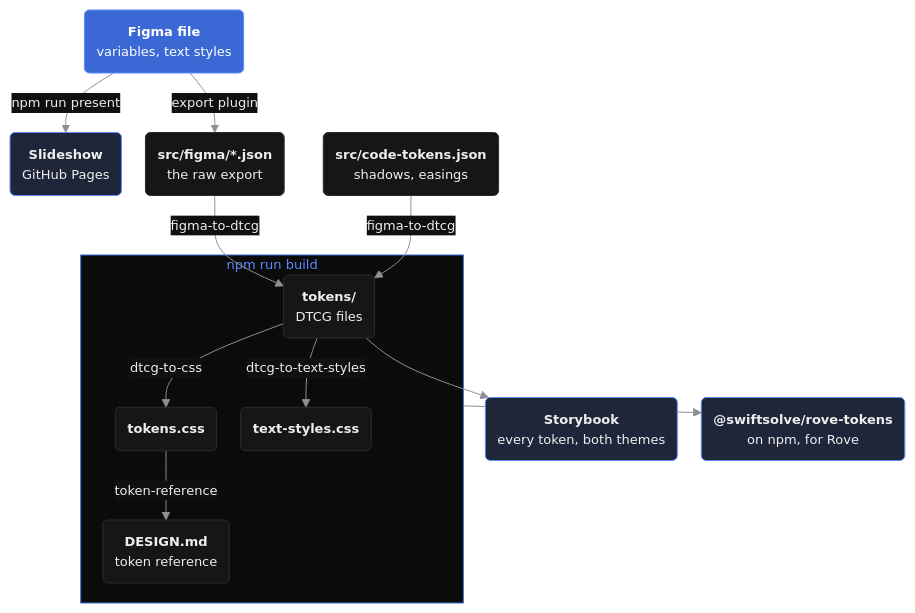
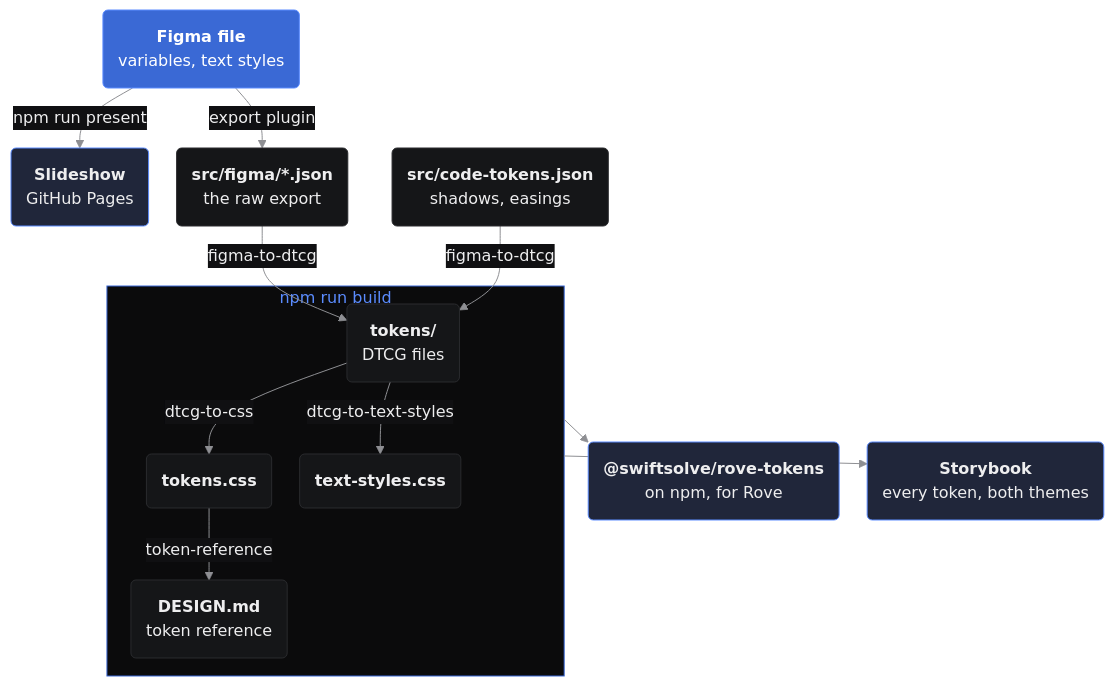
Before and after one commit to swiftsolve/rove-tokens: the diagram in README.md, drawn with Mermaid.

Commit message:
docs: unclipped chart, labels on one line

````diff
--- a/README.md
+++ b/README.md
@@ -38,39 +38,38 @@
 ```mermaid
-%%{init: {"theme": "base", "themeVariables": {"fontFamily": "Inter, -apple-system, Segoe UI, Helvetica, Arial, sans-serif", "fontSize": "13px", "primaryColor": "#151618", "primaryTextColor": "#eeeeef", "primaryBorderColor": "#2b2c2f", "lineColor": "#8e8f93", "textColor": "#8e8f93", "edgeLabelBackground": "#101012", "clusterBkg": "#0b0b0c", "clusterBorder": "#3a69d5", "titleColor": "#5b8cff"}, "flowchart": {"curve": "basis", "padding": 12, "nodeSpacing": 24, "rankSpacing": 40}}}%%
+%%{init: {"theme": "base", "themeVariables": {"primaryColor": "#151618", "primaryTextColor": "#eeeeef", "primaryBorderColor": "#2b2c2f", "lineColor": "#8e8f93", "textColor": "#8e8f93", "edgeLabelBackground": "#101012", "clusterBkg": "#0b0b0c", "clusterBorder": "#3a69d5", "titleColor": "#5b8cff"}, "flowchart": {"curve": "basis", "wrappingWidth": 260, "nodeSpacing": 28, "rankSpacing": 36}}}%%
 flowchart TD
   figma("`**Figma file**
 variables, text styles`"):::source
   slides("`**Slideshow**
 GitHub Pages`"):::ship
   exports("`**src/figma/*.json**
 the raw export`"):::file
   code("`**src/code-tokens.json**
 shadows, easings`"):::file
 
   subgraph build ["npm run build"]
     dtcg("`**tokens/**
 DTCG files`"):::file
     css("`**tokens.css**`"):::file
     textCss("`**text-styles.css**`"):::file
     design("`**DESIGN.md**
 token reference`"):::file
   end
 
+  pkg("`**@swiftsolve/rove-tokens**
+on npm, for Rove`"):::ship
   storybook("`**Storybook**
 every token, both themes`"):::ship
-  pkg("`**@swiftsolve/rove-tokens**
-on npm, for Rove`"):::ship
 
   figma -- "export plugin" --> exports
   figma -- "npm run present" --> slides
   exports & code -- "figma-to-dtcg" --> dtcg
   dtcg -- "dtcg-to-css" --> css
   dtcg -- "dtcg-to-text-styles" --> textCss
   css -- "token-reference" --> design
-  dtcg --> storybook
-  build --> pkg
+  build --> pkg & storybook
 
   classDef source fill:#3a69d5,stroke:#5b8cff,color:#ffffff
   classDef file fill:#151618,stroke:#2b2c2f,color:#eeeeef
   classDef ship fill:#20263a,stroke:#5b8cff,color:#eeeeef
 ```
````
